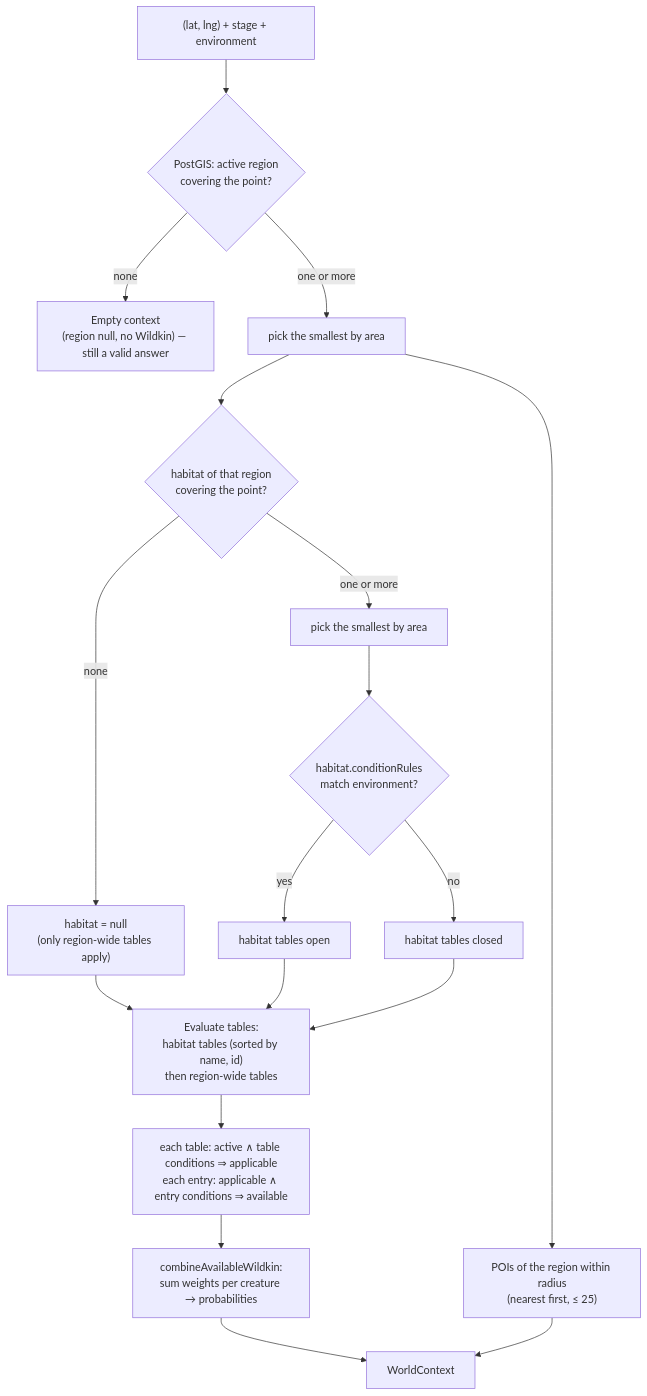
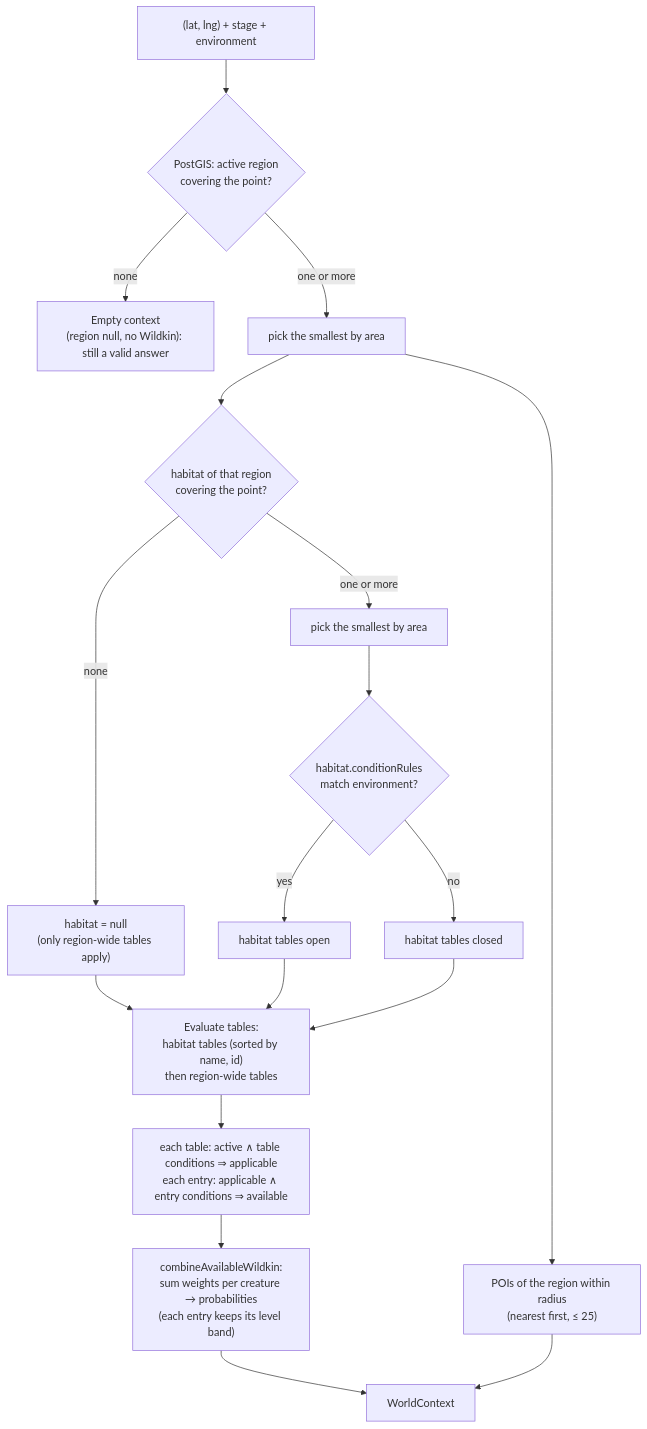
One commit to samceracas/wildbound changed the first of 8 diagrams in docs/07-game-systems.md. Above: the diagram before and after it, drawn with Mermaid. The commit also changed other lines of this file and 4 other files, not shown here.

First line of the commit message:
docs(0.3.0): work in progress on game systems, content and charts

````diff
--- a/docs/07-game-systems.md
+++ b/docs/07-game-systems.md
@@ -30,20 +48,20 @@
 ```mermaid
 flowchart TD
     P["(lat, lng) + stage + environment"] --> R{"PostGIS: active region<br/>covering the point?"}
-    R -- none --> EMPTY["Empty context<br/>(region null, no Wildkin) — still a valid answer"]
+    R -- none --> EMPTY["Empty context<br/>(region null, no Wildkin): still a valid answer"]
     R -- "one or more" --> R2["pick the smallest by area"]
     R2 --> H{"habitat of that region<br/>covering the point?"}
     H -- none --> NOH["habitat = null<br/>(only region-wide tables apply)"]
     H -- "one or more" --> H2["pick the smallest by area"]
     H2 --> HG{"habitat.conditionRules<br/>match environment?"}
     NOH --> TABLES
     HG -- yes --> OPEN["habitat tables open"]
     HG -- no --> CLOSED["habitat tables closed"]
     OPEN --> TABLES["Evaluate tables:<br/>habitat tables (sorted by name, id)<br/>then region-wide tables"]
     CLOSED --> TABLES
     TABLES --> E["each table: active ∧ table conditions ⇒ applicable<br/>each entry: applicable ∧ entry conditions ⇒ available"]
-    E --> C["combineAvailableWildkin:<br/>sum weights per creature → probabilities"]
+    E --> C["combineAvailableWildkin:<br/>sum weights per creature → probabilities<br/>(each entry keeps its level band)"]
     R2 --> POIS["POIs of the region within radius<br/>(nearest first, ≤ 25)"]
     C --> CTX["WorldContext"]
     POIS --> CTX
 ```
````
